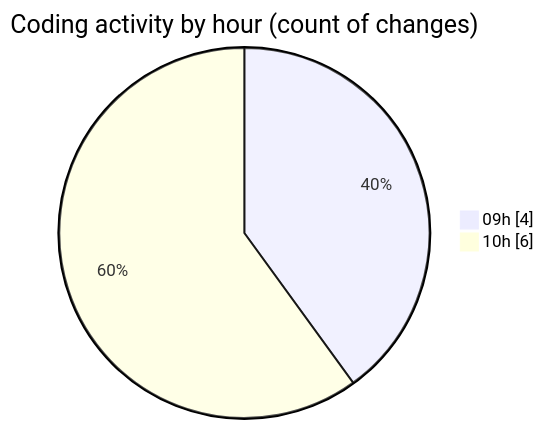
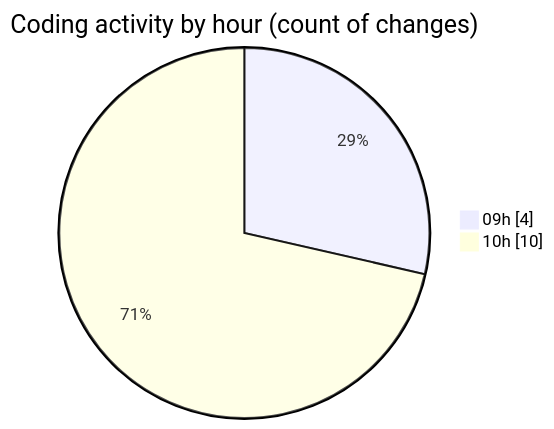
Before and after one commit to Elitesun/code-tracking: the second of 2 diagrams in 2025-05-06/niten/README.md, drawn with Mermaid. The commit also changed other lines of this file and 1 other file, not shown here.

````diff
--- a/2025-05-06/niten/README.md
+++ b/2025-05-06/niten/README.md
@@ -31,6 +34,6 @@
 ```mermaid
 pie showData
 title Coding activity by hour (count of changes)
 "09h" : 4
-"10h" : 6
+"10h" : 10
 ```
````
